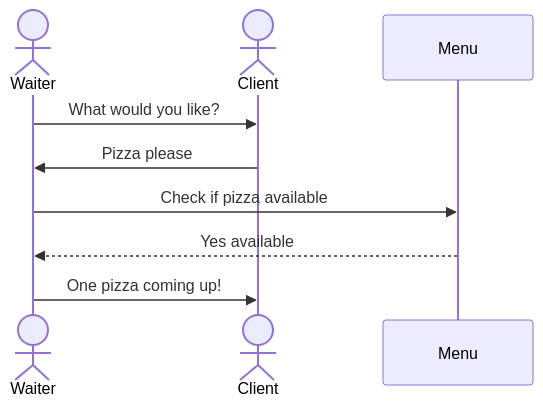
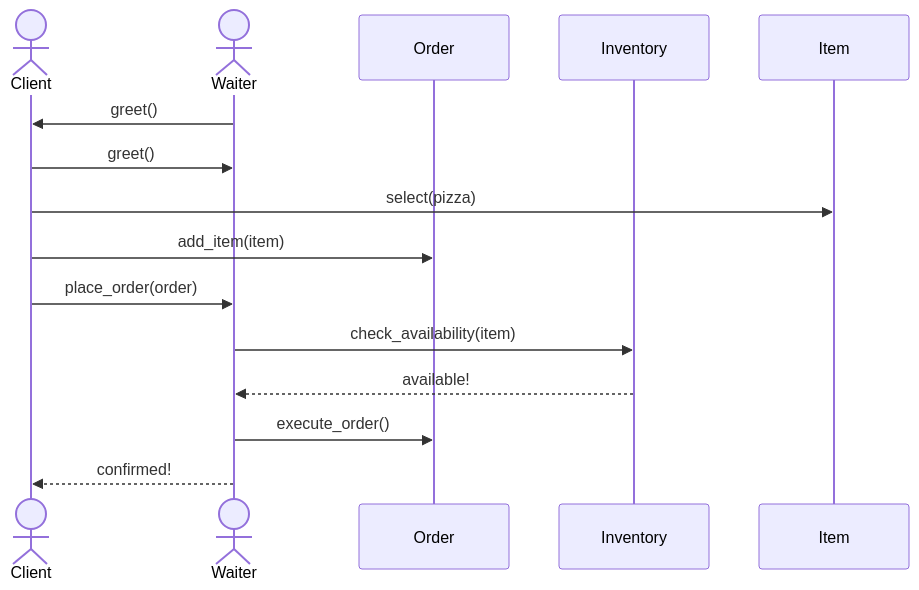
One commit to pawelofficial/dbagent changed the diagram in docs/diagrams/sequence.mmd. Above: the diagram before and after it, drawn with Mermaid. The commit also changed 4 other files, not shown here.

```diff
--- a/docs/diagrams/sequence.mmd
+++ b/docs/diagrams/sequence.mmd
@@ -1,10 +1,16 @@
 sequenceDiagram
+    actor Client
     actor Waiter
-    actor Client
-    participant Menu
+    participant Order
+    participant Inventory
+    participant Item
 
-    Waiter->>Client: What would you like?
-    Client->>Waiter: Pizza please
-    Waiter->>Menu: Check if pizza available
-    Menu-->>Waiter: Yes available
-    Waiter->>Client: One pizza coming up!
+    Waiter->>Client: greet()
+    Client->>Waiter: greet()
+    Client->>Item: select(pizza)
+    Client->>Order: add_item(item)
+    Client->>Waiter: place_order(order)
+    Waiter->>Inventory: check_availability(item)
+    Inventory-->>Waiter: available!
+    Waiter->>Order: execute_order()
+    Waiter-->>Client: confirmed!
```
